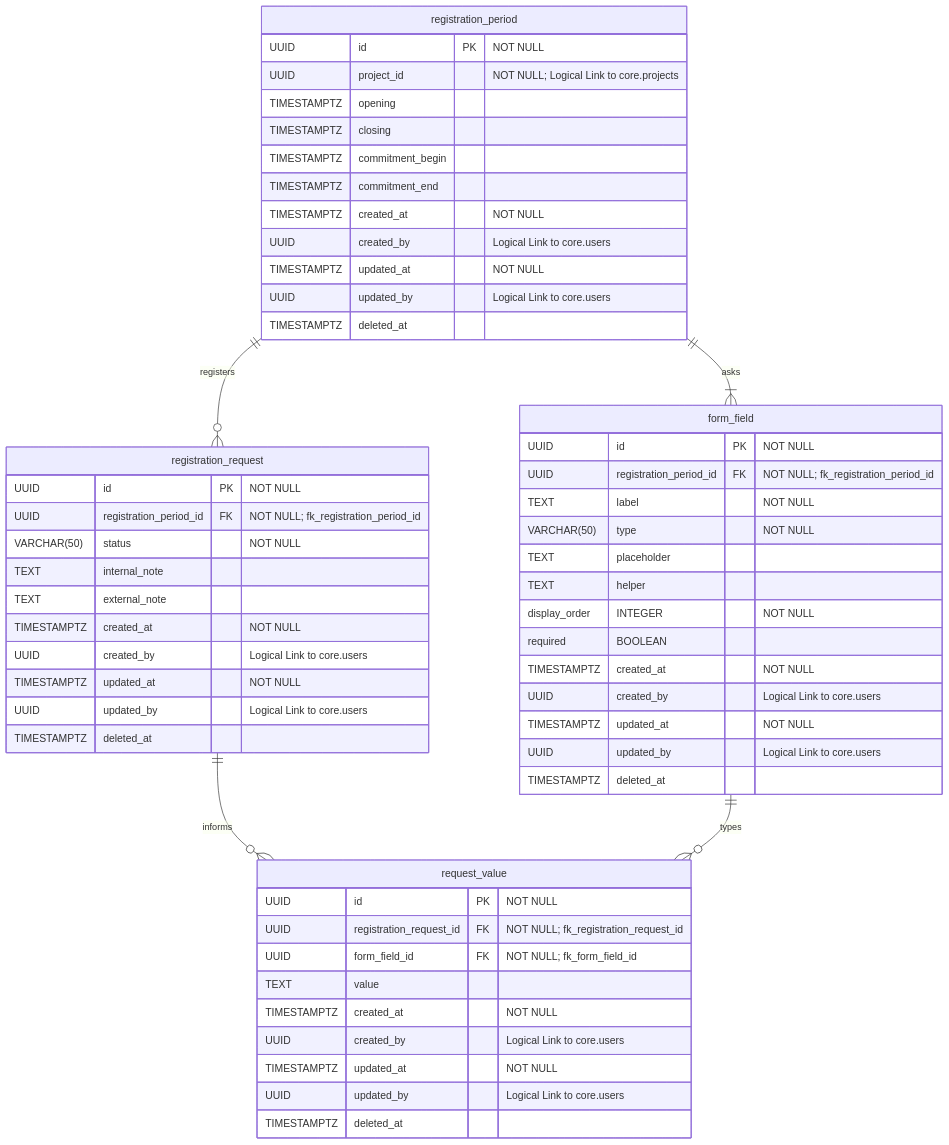
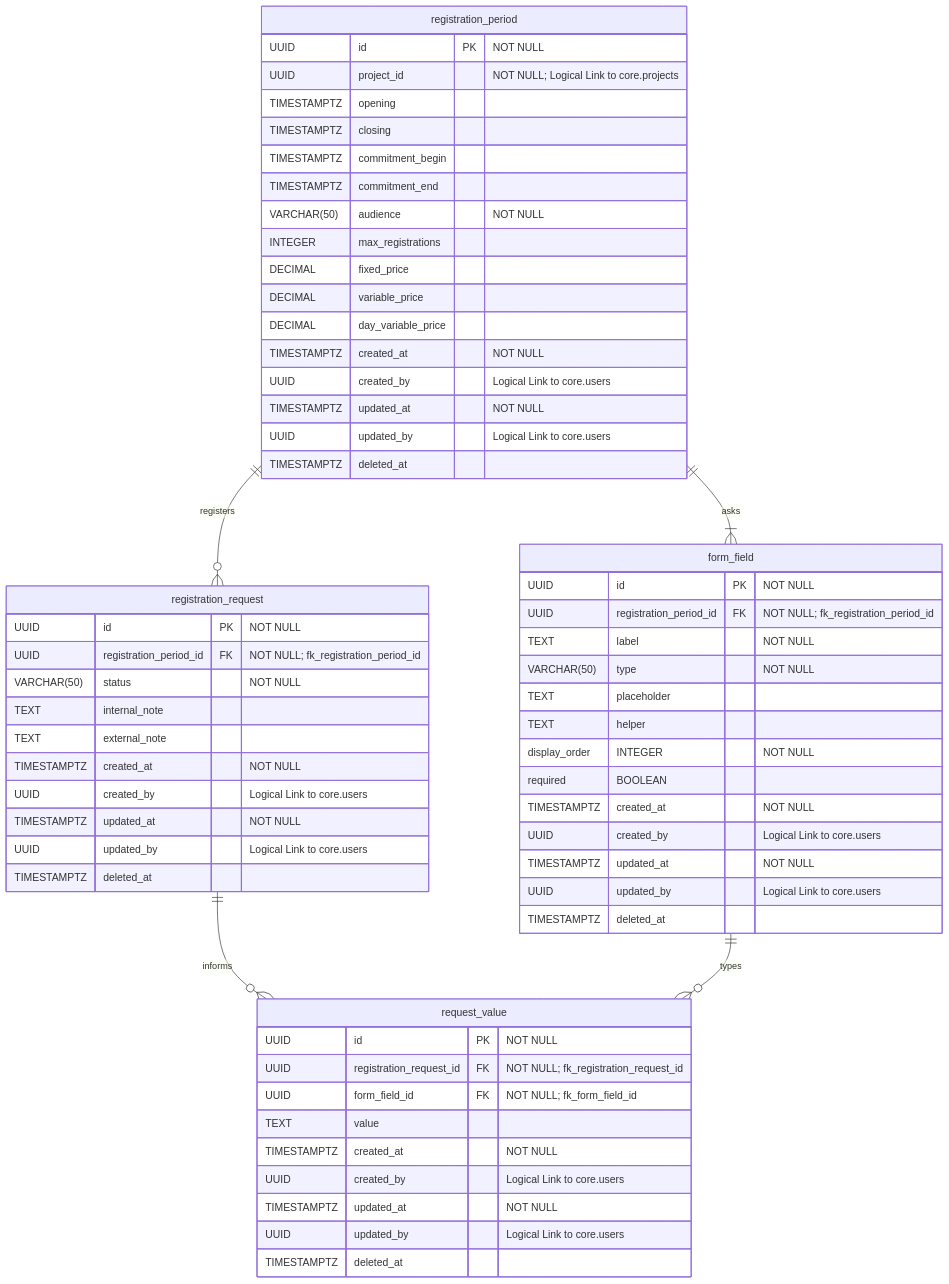
The third of 3 diagrams in technical/database.md (laucoin/my-project--documentation), drawn with Mermaid before and after one commit. The commit also changed other lines of this file and 28 other files, not shown here.

````diff
--- a/technical/database.md
+++ b/technical/database.md
@@ -530,63 +530,68 @@
 ```mermaid
 erDiagram
     registration_period {
         UUID id PK "NOT NULL"
         UUID project_id "NOT NULL; Logical Link to core.projects"
         TIMESTAMPTZ opening
         TIMESTAMPTZ closing
         TIMESTAMPTZ commitment_begin
         TIMESTAMPTZ commitment_end
+        VARCHAR(50) audience "NOT NULL"
+        INTEGER max_registrations
+        DECIMAL fixed_price
+        DECIMAL variable_price
+        DECIMAL day_variable_price
         TIMESTAMPTZ created_at "NOT NULL"
         UUID created_by "Logical Link to core.users"
         TIMESTAMPTZ updated_at "NOT NULL"
         UUID updated_by "Logical Link to core.users"
         TIMESTAMPTZ deleted_at
     }
 
     form_field {
         UUID id PK "NOT NULL"
         UUID registration_period_id FK "NOT NULL; fk_registration_period_id"
         TEXT label "NOT NULL"
         VARCHAR(50) type "NOT NULL"
         TEXT placeholder
         TEXT helper
         display_order INTEGER "NOT NULL"
         required BOOLEAN
         TIMESTAMPTZ created_at "NOT NULL"
         UUID created_by "Logical Link to core.users"
         TIMESTAMPTZ updated_at "NOT NULL"
         UUID updated_by "Logical Link to core.users"
         TIMESTAMPTZ deleted_at
     }
 
     registration_request {
         UUID id PK "NOT NULL"
         UUID registration_period_id FK "NOT NULL; fk_registration_period_id"
         VARCHAR(50) status "NOT NULL"
         TEXT internal_note
         TEXT external_note
         TIMESTAMPTZ created_at "NOT NULL"
         UUID created_by "Logical Link to core.users"
         TIMESTAMPTZ updated_at "NOT NULL"
         UUID updated_by "Logical Link to core.users"
         TIMESTAMPTZ deleted_at
     }
 
     request_value {
         UUID id PK "NOT NULL"
         UUID registration_request_id FK "NOT NULL; fk_registration_request_id"
         UUID form_field_id FK "NOT NULL; fk_form_field_id"
         TEXT value
         TIMESTAMPTZ created_at "NOT NULL"
         UUID created_by "Logical Link to core.users"
         TIMESTAMPTZ updated_at "NOT NULL"
         UUID updated_by "Logical Link to core.users"
         TIMESTAMPTZ deleted_at
     }
 
     %% Internal Schema Relations (These remain because they are in the same DB)
     registration_period ||--|{ form_field : "asks"
     registration_period ||--o{ registration_request : "registers"
     registration_request ||--o{ request_value : "informs"
     form_field ||--o{ request_value : "types"
 ```
````
